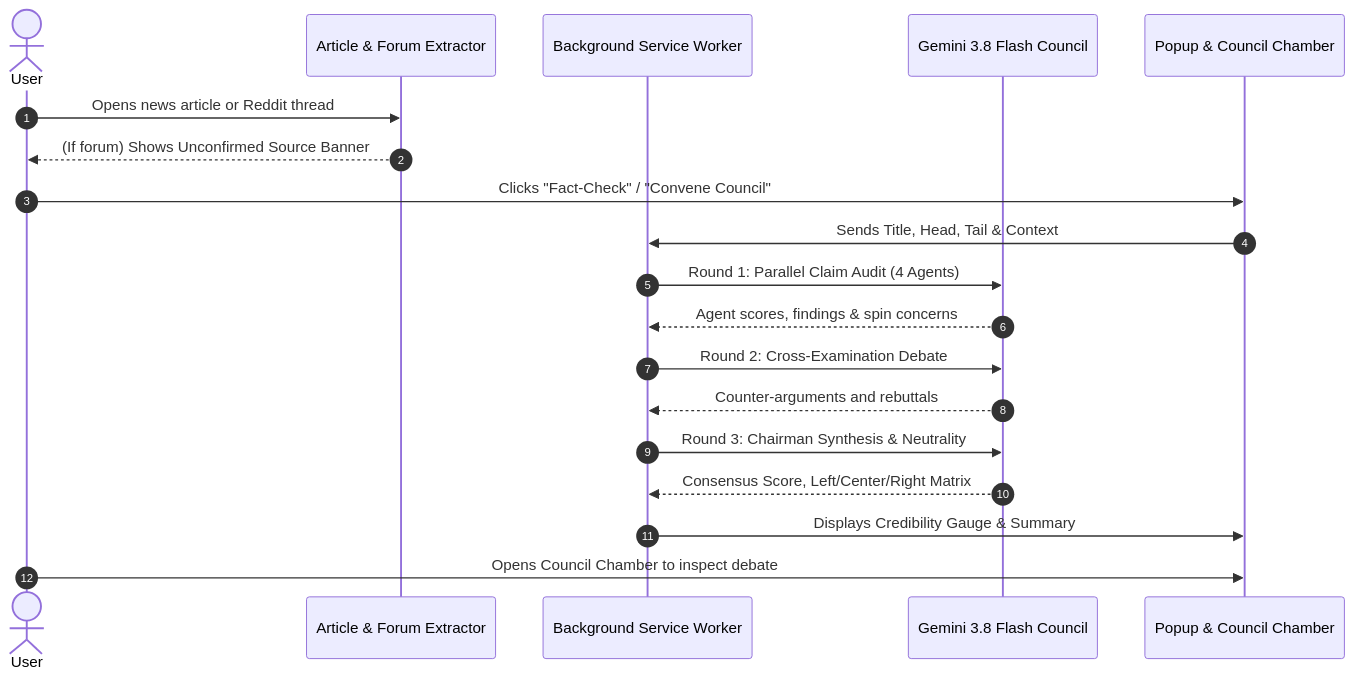
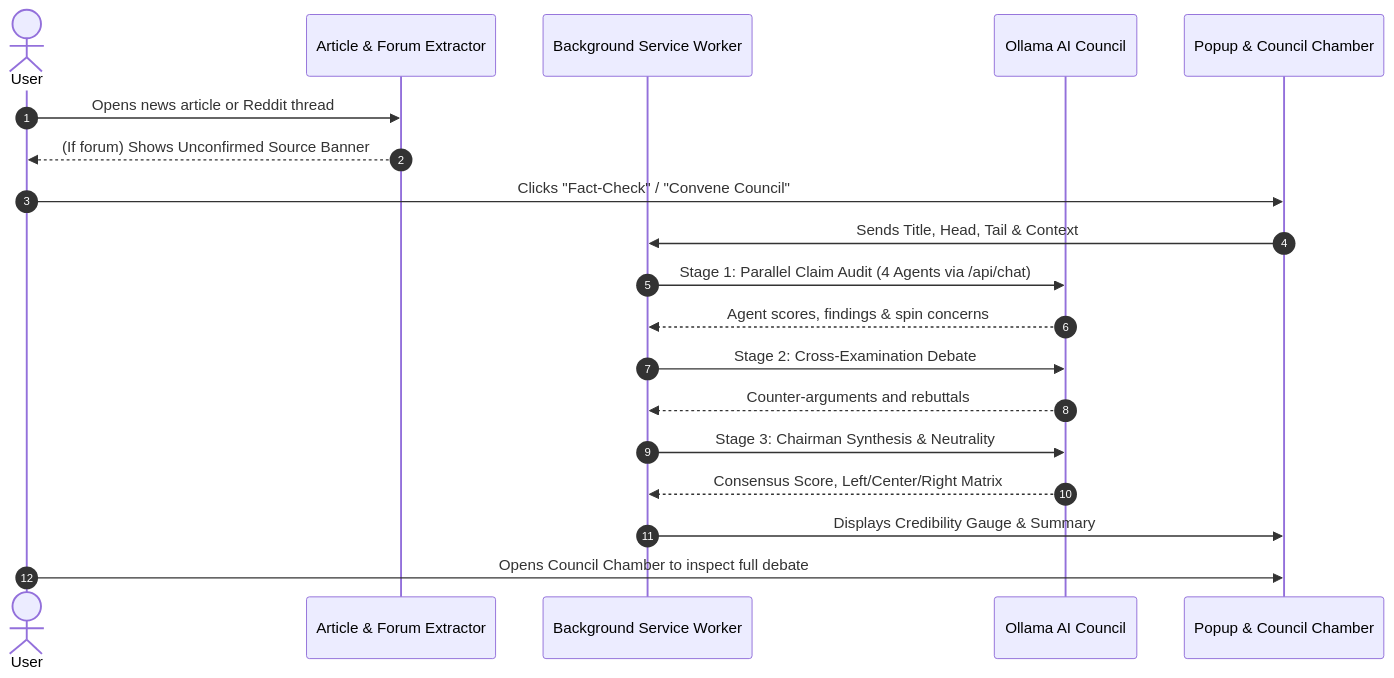
The diagram in README.md (mrsreeindian/bias-checker), drawn with Mermaid before and after one commit. The commit also changed other lines of this file and 16 other files, not shown here.

First line of the commit message:
feat: migrate from Gemini to Ollama Cloud and local models

````diff
--- a/README.md
+++ b/README.md
@@ -67,22 +80,22 @@
 ```mermaid
 sequenceDiagram
     autonumber
     actor User
     participant Extractor as Article & Forum Extractor
     participant Worker as Background Service Worker
-    participant Council as Gemini 3.8 Flash Council
+    participant Council as Ollama AI Council
     participant UI as Popup & Council Chamber
 
     User->>Extractor: Opens news article or Reddit thread
     Extractor-->>User: (If forum) Shows Unconfirmed Source Banner
     User->>UI: Clicks "Fact-Check" / "Convene Council"
     UI->>Worker: Sends Title, Head, Tail & Context
-    Worker->>Council: Round 1: Parallel Claim Audit (4 Agents)
+    Worker->>Council: Stage 1: Parallel Claim Audit (4 Agents via /api/chat)
     Council-->>Worker: Agent scores, findings & spin concerns
-    Worker->>Council: Round 2: Cross-Examination Debate
+    Worker->>Council: Stage 2: Cross-Examination Debate
     Council-->>Worker: Counter-arguments and rebuttals
-    Worker->>Council: Round 3: Chairman Synthesis & Neutrality
+    Worker->>Council: Stage 3: Chairman Synthesis & Neutrality
     Council-->>Worker: Consensus Score, Left/Center/Right Matrix
     Worker->>UI: Displays Credibility Gauge & Summary
-    User->>UI: Opens Council Chamber to inspect debate
+    User->>UI: Opens Council Chamber to inspect full debate
 ```
````
